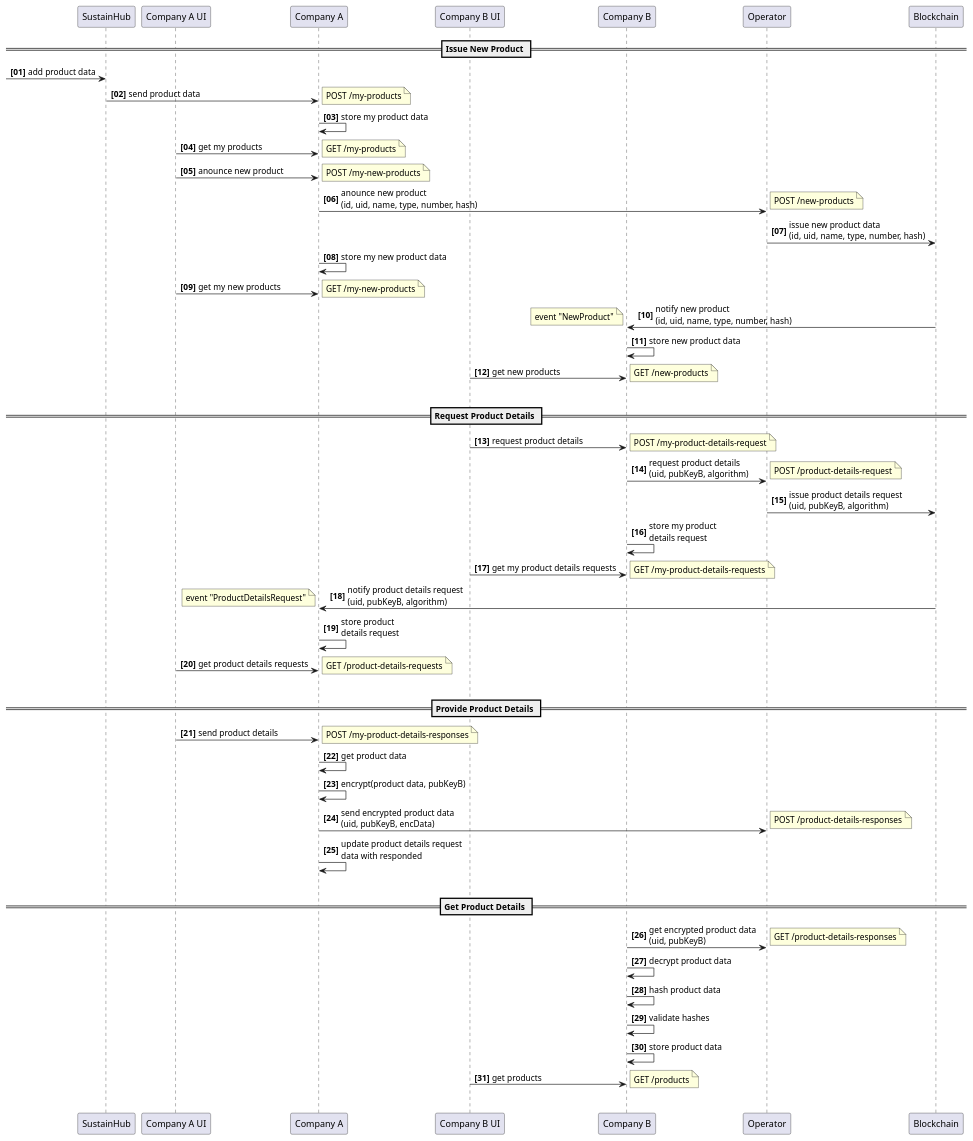
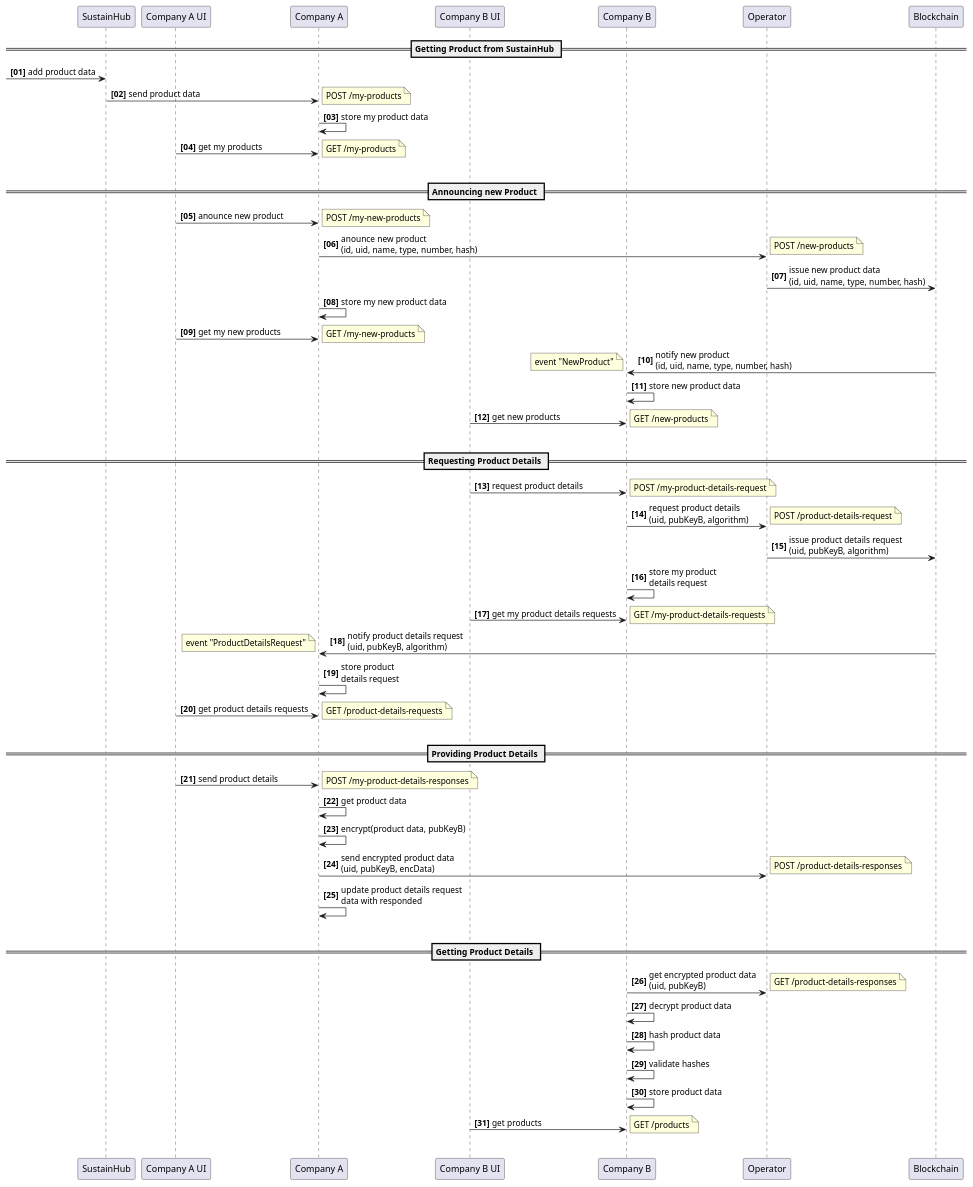
Before and after one commit to chainstep/dibichain-demo: the diagram in docs/plantuml/src/flow.puml, drawn with PlantUML.

Commit message:
update flow diagram

```diff
--- a/docs/plantuml/src/flow.puml
+++ b/docs/plantuml/src/flow.puml
@@ -1,109 +1,113 @@
 @startuml
 autonumber "<b>[00]"
 
 participant "SustainHub" as SUS
 participant "Company A UI" as COMPAU
 participant "Company A" as COMPA
 participant "Company B UI" as COMPBU
 participant "Company B" as COMPB
 participant "Operator" as OP
 participant "Blockchain" as BC
 
 
-== Issue New Product ==
+== Getting Product from SustainHub ==
 
 -> SUS: add product data
 SUS -> COMPA: send product data 
 note right
     POST /my-products
 end note
 COMPA -> COMPA: store my product data
 COMPAU -> COMPA: get my products
 note right
     GET /my-products
 end note
+|||
+
+== Announcing new Product ==
+
 COMPAU -> COMPA: anounce new product
 note right
     POST /my-new-products
 end note
 COMPA -> OP: anounce new product\n(id, uid, name, type, number, hash)
 note right
     POST /new-products
 end note
 OP -> BC: issue new product data\n(id, uid, name, type, number, hash)
 COMPA -> COMPA: store my new product data
 COMPAU -> COMPA: get my new products
 note right
     GET /my-new-products
 end note
 BC -> COMPB: notify new product\n(id, uid, name, type, number, hash)
 note left
     event "NewProduct"
 end note
 COMPB -> COMPB: store new product data
 COMPBU -> COMPB: get new products
 note right
     GET /new-products
 end note
 |||
 
-== Request Product Details ==
+== Requesting Product Details ==
 
 COMPBU -> COMPB: request product details
 note right
     POST /my-product-details-request
 end note
 COMPB -> OP: request product details\n(uid, pubKeyB, algorithm)
 note right
     POST /product-details-request
 end note
 OP -> BC: issue product details request\n(uid, pubKeyB, algorithm)
 COMPB -> COMPB: store my product\ndetails request
 COMPBU -> COMPB: get my product details requests
 note right
     GET /my-product-details-requests
 end note
 BC -> COMPA: notify product details request\n(uid, pubKeyB, algorithm)
 note left
     event "ProductDetailsRequest"
 end note
 COMPA -> COMPA: store product\ndetails request
 COMPAU -> COMPA: get product details requests
 note right
     GET /product-details-requests
 end note
 |||
 
-== Provide Product Details ==
+== Providing Product Details ==
 COMPAU -> COMPA: send product details
 note right
     POST /my-product-details-responses
 end note
 
 COMPA -> COMPA: get product data
 COMPA -> COMPA: encrypt(product data, pubKeyB)
 COMPA -> OP: send encrypted product data\n(uid, pubKeyB, encData)
 note right
     POST /product-details-responses
 end note
 COMPA -> COMPA: update product details request\ndata with responded
 |||
 
-== Get Product Details ==
+== Getting Product Details ==
 
 COMPB -> OP: get encrypted product data\n(uid, pubKeyB)
 note right
     GET /product-details-responses
 end note
 COMPB -> COMPB: decrypt product data
 COMPB -> COMPB: hash product data
 COMPB -> COMPB: validate hashes
 COMPB -> COMPB: store product data
 COMPBU -> COMPB: get products
 note right
     GET /products
 end note
 
 |||
 
 @enduml
```
